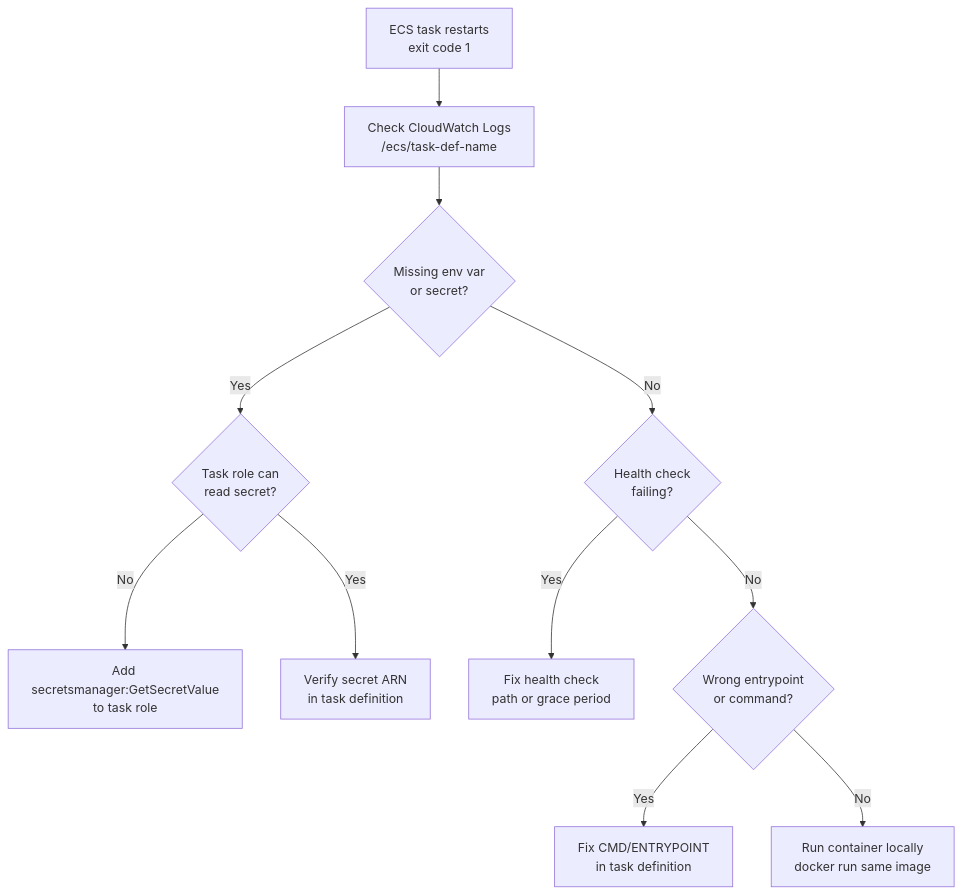
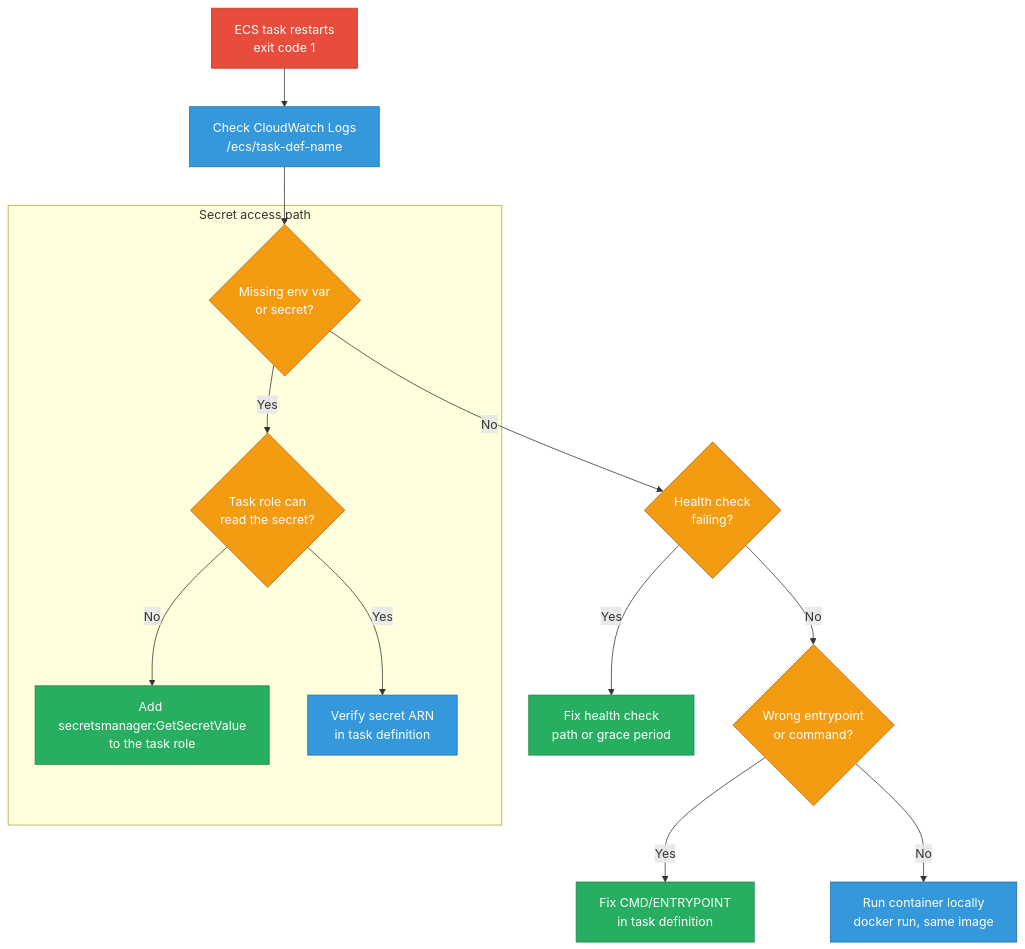
Before and after one commit to deepanshu-rawat6/DevOpsIndex: the sixth of 10 diagrams in sre/aws-scenarios.md, drawn with Mermaid. The commit also changed other lines of this file and 10 other files, not shown here.

````diff
--- a/sre/aws-scenarios.md
+++ b/sre/aws-scenarios.md
@@ -260,13 +441,22 @@
 ```mermaid
 flowchart TD
-    A[ECS task restarts<br/>exit code 1] --> B[Check CloudWatch Logs<br/>/ecs/task-def-name]
-    B --> C{Missing env var<br/>or secret?}
-    C -- Yes --> D{Task role can<br/>read secret?}
-    D -- No --> D1[Add secretsmanager:GetSecretValue<br/>to task role]
-    D -- Yes --> E[Verify secret ARN<br/>in task definition]
-    C -- No --> F{Health check<br/>failing?}
-    F -- Yes --> F1[Fix health check<br/>path or grace period]
-    F -- No --> G{Wrong entrypoint<br/>or command?}
-    G -- Yes --> G1[Fix CMD/ENTRYPOINT<br/>in task definition]
-    G -- No --> H[Run container locally<br/>docker run same image]
+    classDef err fill:#e74c3c,stroke:#c0392b,color:#fff
+    classDef decision fill:#f39c12,stroke:#ba6018,color:#fff
+    classDef fix fill:#27ae60,stroke:#1e8449,color:#fff
+    classDef verify fill:#3498db,stroke:#2471a3,color:#fff
+
+    A[ECS task restarts<br/>exit code 1]:::err --> B[Check CloudWatch Logs<br/>/ecs/task-def-name]:::verify
+    B --> C{Missing env var<br/>or secret?}:::decision
+
+    subgraph IAMPATH["Secret access path"]
+        C -- Yes --> D{Task role can<br/>read the secret?}:::decision
+        D -- No --> D1[Add secretsmanager:GetSecretValue<br/>to the task role]:::fix
+        D -- Yes --> E[Verify secret ARN<br/>in task definition]:::verify
+    end
+
+    C -- No --> F{Health check<br/>failing?}:::decision
+    F -- Yes --> F1[Fix health check<br/>path or grace period]:::fix
+    F -- No --> G{Wrong entrypoint<br/>or command?}:::decision
+    G -- Yes --> G1[Fix CMD/ENTRYPOINT<br/>in task definition]:::fix
+    G -- No --> H[Run container locally<br/>docker run, same image]:::verify
 ```
````
